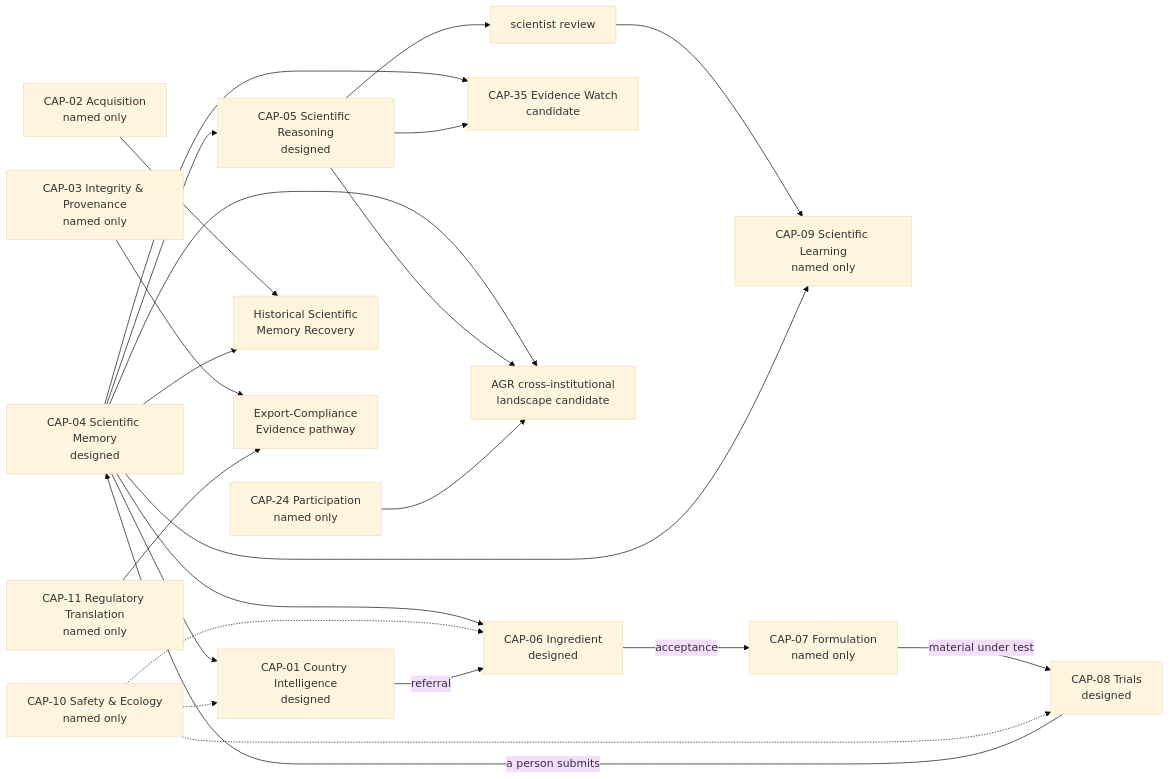
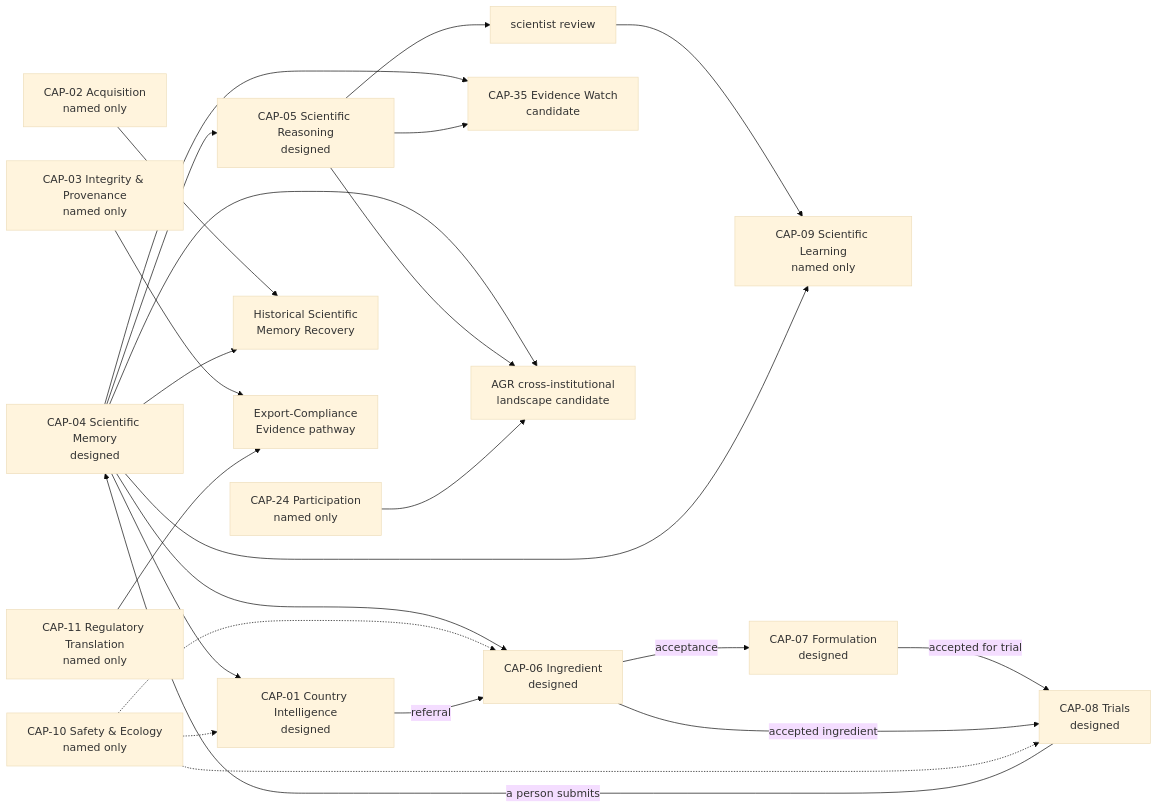
Before and after one commit to AdvancedAgricultureBiometrix/aab-source-of-truth: the second of 4 diagrams in governance/AAB-PLATFORM-ROADMAP-2026-09-27.md, drawn with Mermaid (base theme). The commit also changed other lines of this file and 1 other file, not shown here.

First line of the commit message:
Roadmap and stock-take at 0370bbc: CAP-07 committed, CAP-08 amended

````diff
--- a/governance/AAB-PLATFORM-ROADMAP-2026-09-27.md
+++ b/governance/AAB-PLATFORM-ROADMAP-2026-09-27.md
@@ -526,25 +530,26 @@
 ```mermaid
 flowchart LR
   A04[CAP-04 Scientific Memory<br/>designed] --> A05[CAP-05 Scientific Reasoning<br/>designed]
   A05 --> H[scientist review]
   H --> A09[CAP-09 Scientific Learning<br/>named only]
   A04 --> A09
   A04 --> W[CAP-35 Evidence Watch<br/>candidate]
   A05 --> W
   A04 --> X[AGR cross-institutional<br/>landscape candidate]
   A05 --> X
   A24[CAP-24 Participation<br/>named only] --> X
-  A06[CAP-06 Ingredient<br/>designed] -->|acceptance| A07[CAP-07 Formulation<br/>named only]
+  A06[CAP-06 Ingredient<br/>designed] -->|acceptance| A07[CAP-07 Formulation<br/>designed]
   A04 --> A06
   A10 -.-> A06
   A04 --> A01[CAP-01 Country Intelligence<br/>designed]
   A01 -->|referral| A06
   A10[CAP-10 Safety & Ecology<br/>named only] -.-> A01
-  A07 -->|material under test| A08[CAP-08 Trials<br/>designed]
+  A07 -->|accepted for trial| A08[CAP-08 Trials<br/>designed]
+  A06 -->|accepted ingredient| A08
   A08 -->|a person submits| A04
   A10 -.-> A08
   A02[CAP-02 Acquisition<br/>named only] --> HSM[Historical Scientific<br/>Memory Recovery]
   A04 --> HSM
   A03[CAP-03 Integrity & Provenance<br/>named only] --> EXP[Export-Compliance<br/>Evidence pathway]
   A11[CAP-11 Regulatory Translation<br/>named only] --> EXP
 ```
````
